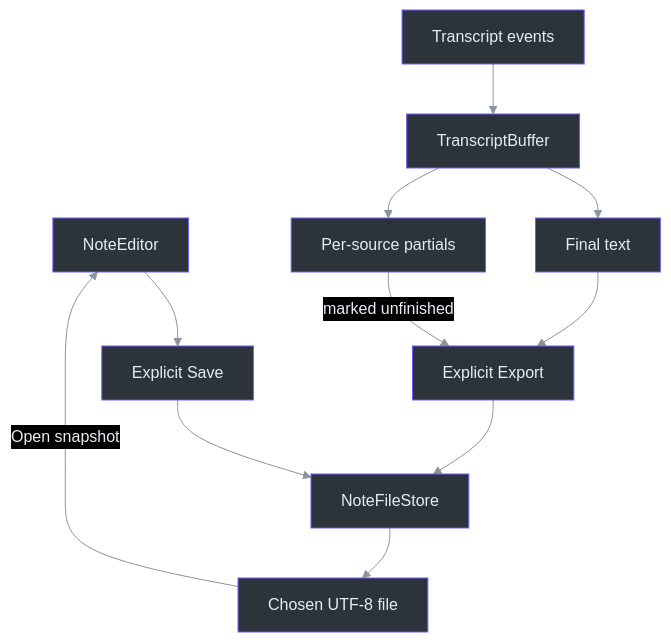
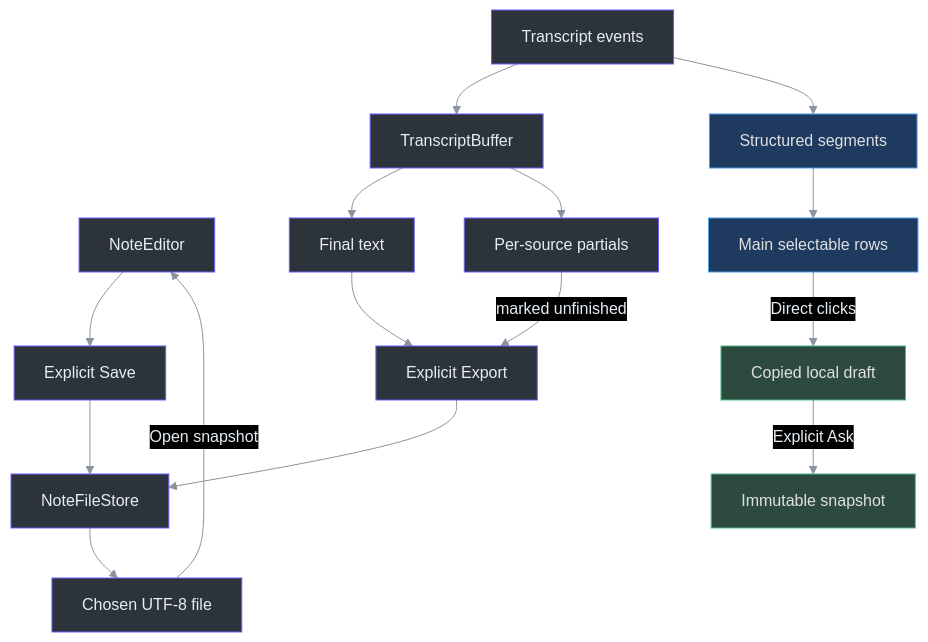
One commit to Zanark/phantom-fudge changed the first of 2 diagrams in docs/handbook/06-notes-transcripts-and-storage.md. Above: the diagram before and after it, drawn with Mermaid. The commit also changed other lines of this file and 371 other files, not shown here.

````diff
--- a/docs/handbook/06-notes-transcripts-and-storage.md
+++ b/docs/handbook/06-notes-transcripts-and-storage.md
@@ -21,27 +26,35 @@
 ```mermaid
 ---
 config: {"theme":"base","themeVariables":{"darkMode":true,"primaryColor":"#2d333b","primaryBorderColor":"#6d5dfc","primaryTextColor":"#e6edf3","lineColor":"#8b949e","textColor":"#e6edf3","clusterBkg":"#161b22","clusterBorder":"#30363d"}}
 ---
 flowchart TB
     accTitle: Content and persistence boundaries
-    accDescr: Notes and source-labelled transcript events remain in memory until an explicit save or export uses the file store.
+    accDescr: Save and Export alone write document files. Structured transcript rows separately supply explicitly selected local drafts and snapshots without changing export formatting.
     Editor["NoteEditor"] --> Save["Explicit Save"]
     Events["Transcript events"] --> Buffer["TranscriptBuffer"]
+    Events --> Segments["Structured segments"]
+    Segments --> Rows["Main selectable rows"]
+    Rows -->|Direct clicks| Draft["Copied local draft"]
+    Draft -->|Explicit Ask| Frozen["Immutable snapshot"]
     Buffer --> Finals["Final text"]
     Buffer --> Partials["Per-source partials"]
     Finals --> Export["Explicit Export"]
     Partials -->|marked unfinished| Export
     Save --> Store["NoteFileStore"]
     Export --> Store
     Store --> File["Chosen UTF-8 file"]
     File -->|Open snapshot| Editor
     style Editor fill:#2d333b,stroke:#6d5dfc,color:#e6edf3
     style Save fill:#2d333b,stroke:#6d5dfc,color:#e6edf3
     style Events fill:#2d333b,stroke:#6d5dfc,color:#e6edf3
     style Buffer fill:#2d333b,stroke:#6d5dfc,color:#e6edf3
     style Finals fill:#2d333b,stroke:#6d5dfc,color:#e6edf3
     style Partials fill:#2d333b,stroke:#6d5dfc,color:#e6edf3
     style Export fill:#2d333b,stroke:#6d5dfc,color:#e6edf3
     style Store fill:#2d333b,stroke:#6d5dfc,color:#e6edf3
     style File fill:#2d333b,stroke:#6d5dfc,color:#e6edf3
+    style Segments fill:#1e3a5f,stroke:#4a9eed,color:#e0e0e0
+    style Rows fill:#1e3a5f,stroke:#4a9eed,color:#e0e0e0
+    style Draft fill:#2d4a3e,stroke:#4aba8a,color:#e0e0e0
+    style Frozen fill:#2d4a3e,stroke:#4aba8a,color:#e0e0e0
 ```
````
